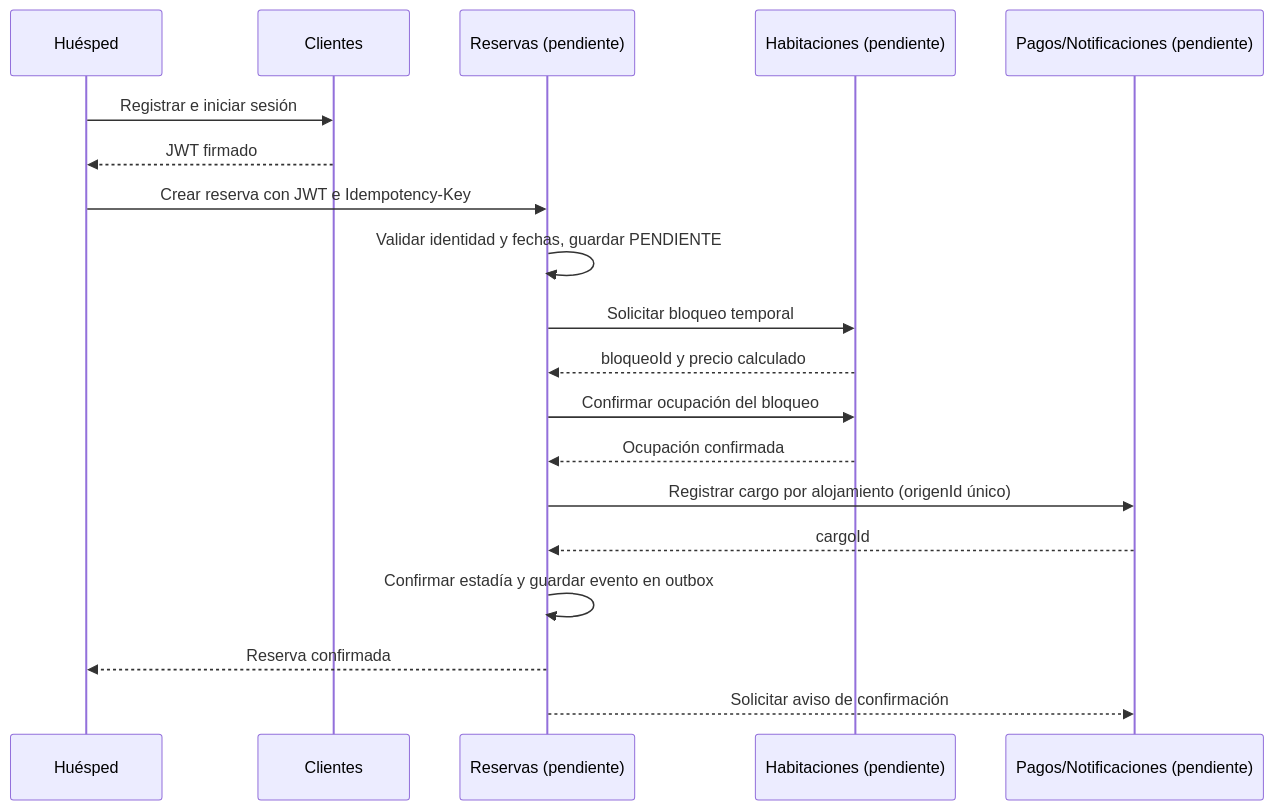
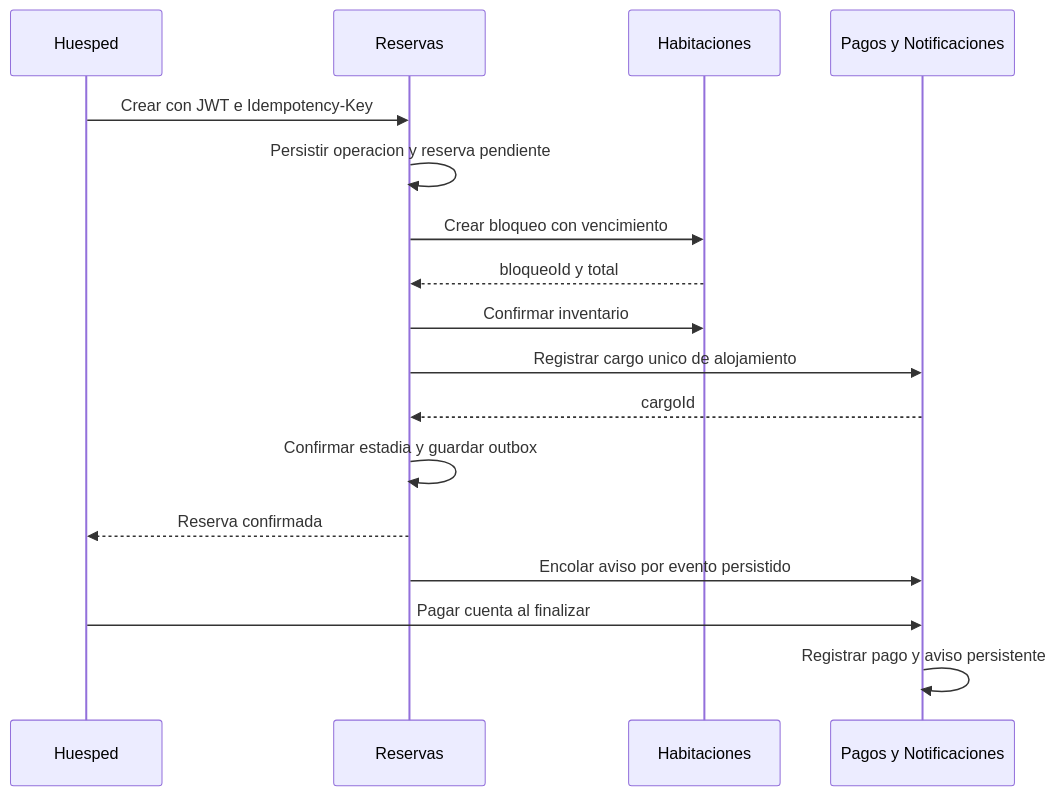
Before and after one commit to AndyFer17/Proyecto-HOTEL-RESORT: the second of 2 diagrams in docs/arquitectura.md, drawn with Mermaid. The commit also changed other lines of this file and 71 other files, not shown here.

Commit message:
feat(soa): integrar cuatro servicios seguros con sagas, pagos y pruebas

````diff
--- a/docs/arquitectura.md
+++ b/docs/arquitectura.md
@@ -50,21 +50,19 @@
 ```mermaid
 sequenceDiagram
-  participant U as Huésped
-  participant C as Clientes
-  participant R as Reservas (pendiente)
-  participant H as Habitaciones (pendiente)
-  participant P as Pagos/Notificaciones (pendiente)
-  U->>C: Registrar e iniciar sesión
-  C-->>U: JWT firmado
-  U->>R: Crear reserva con JWT e Idempotency-Key
-  R->>R: Validar identidad y fechas, guardar PENDIENTE
-  R->>H: Solicitar bloqueo temporal
-  H-->>R: bloqueoId y precio calculado
-  R->>H: Confirmar ocupación del bloqueo
-  H-->>R: Ocupación confirmada
-  R->>P: Registrar cargo por alojamiento (origenId único)
+  participant U as Huesped
+  participant R as Reservas
+  participant H as Habitaciones
+  participant P as Pagos y Notificaciones
+  U->>R: Crear con JWT e Idempotency-Key
+  R->>R: Persistir operacion y reserva pendiente
+  R->>H: Crear bloqueo con vencimiento
+  H-->>R: bloqueoId y total
+  R->>H: Confirmar inventario
+  R->>P: Registrar cargo unico de alojamiento
   P-->>R: cargoId
-  R->>R: Confirmar estadía y guardar evento en outbox
+  R->>R: Confirmar estadia y guardar outbox
   R-->>U: Reserva confirmada
-  R-->>P: Solicitar aviso de confirmación
+  R->>P: Encolar aviso por evento persistido
+  U->>P: Pagar cuenta al finalizar
+  P->>P: Registrar pago y aviso persistente
 ```
````
